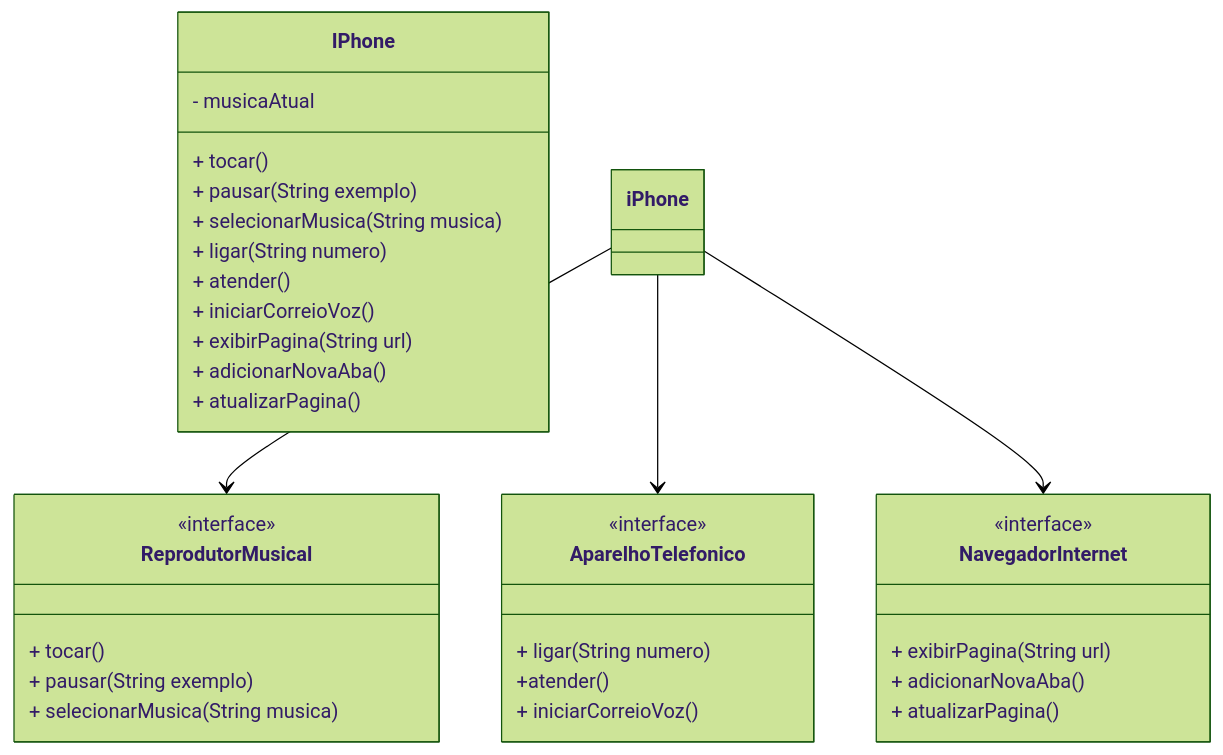
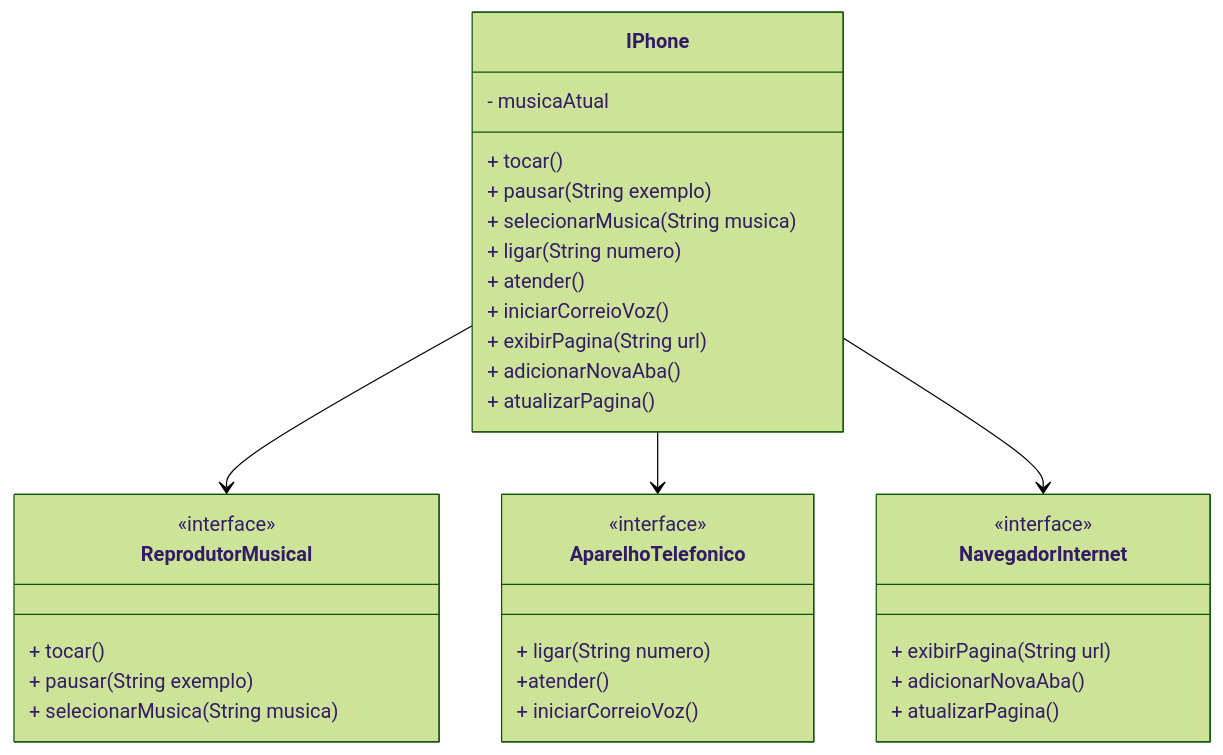
One commit to alexdemoraes/dio-trilha-java-basico changed the diagram in poo/README.md. Above: the diagram before and after it, drawn with Mermaid (forest theme).

````diff
--- a/poo/README.md
+++ b/poo/README.md
@@ -4,40 +4,40 @@
 ```mermaid
 classDiagram
     class ReprodutorMusical {
         <<interface>>
         + tocar()
         + pausar(String exemplo)
         + selecionarMusica(String musica)
     }
 
     class AparelhoTelefonico {
         <<interface>>
         + ligar(String numero)
         + atender() 
         + iniciarCorreioVoz()
     }
 
     class NavegadorInternet {
         <<interface>>
         + exibirPagina(String url)
         + adicionarNovaAba()
         + atualizarPagina()
     }
 
     class IPhone {
         - musicaAtual
         + tocar()
         + pausar(String exemplo)
         + selecionarMusica(String musica)
         + ligar(String numero)
         + atender()
         + iniciarCorreioVoz()
         + exibirPagina(String url)
         + adicionarNovaAba()
         + atualizarPagina()
     }
 
-    iPhone --> ReprodutorMusical
-    iPhone --> AparelhoTelefonico
-    iPhone --> NavegadorInternet
+    IPhone --> ReprodutorMusical
+    IPhone --> AparelhoTelefonico
+    IPhone --> NavegadorInternet
 ```
````
